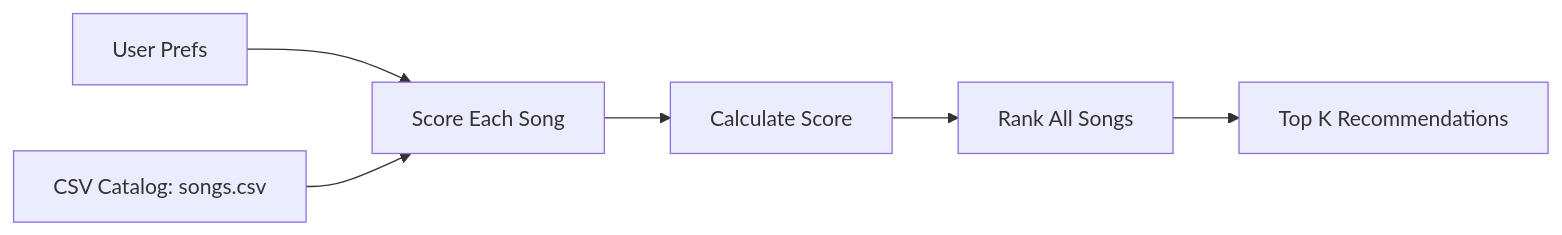
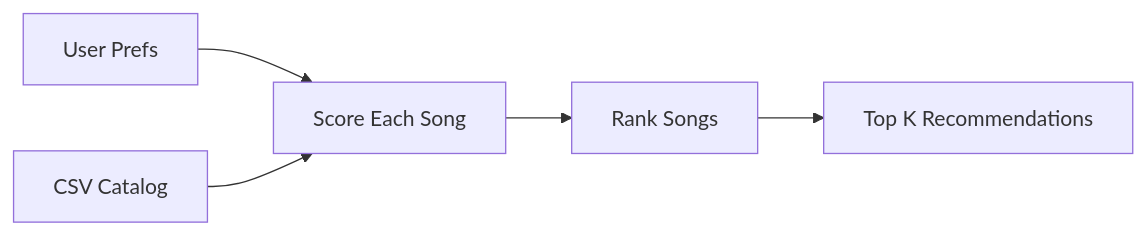
The diagram in README.md (ashokpaudelapril/ai110-module3show-musicrecommendersimulation-starter), drawn with Mermaid before and after one commit. The commit also changed other lines of this file and 4 other files, not shown here.

````diff
--- a/README.md
+++ b/README.md
@@ -119,8 +56,7 @@
 ```mermaid
 flowchart LR
   A[User Prefs] --> B[Score Each Song]
-  C[CSV Catalog: songs.csv] --> B
-  B --> D[Calculate Score]
-  D --> E[Rank All Songs]
-  E --> F[Top K Recommendations]
+  C[CSV Catalog] --> B
+  B --> D[Rank Songs]
+  D --> E[Top K Recommendations]
 ```
````
